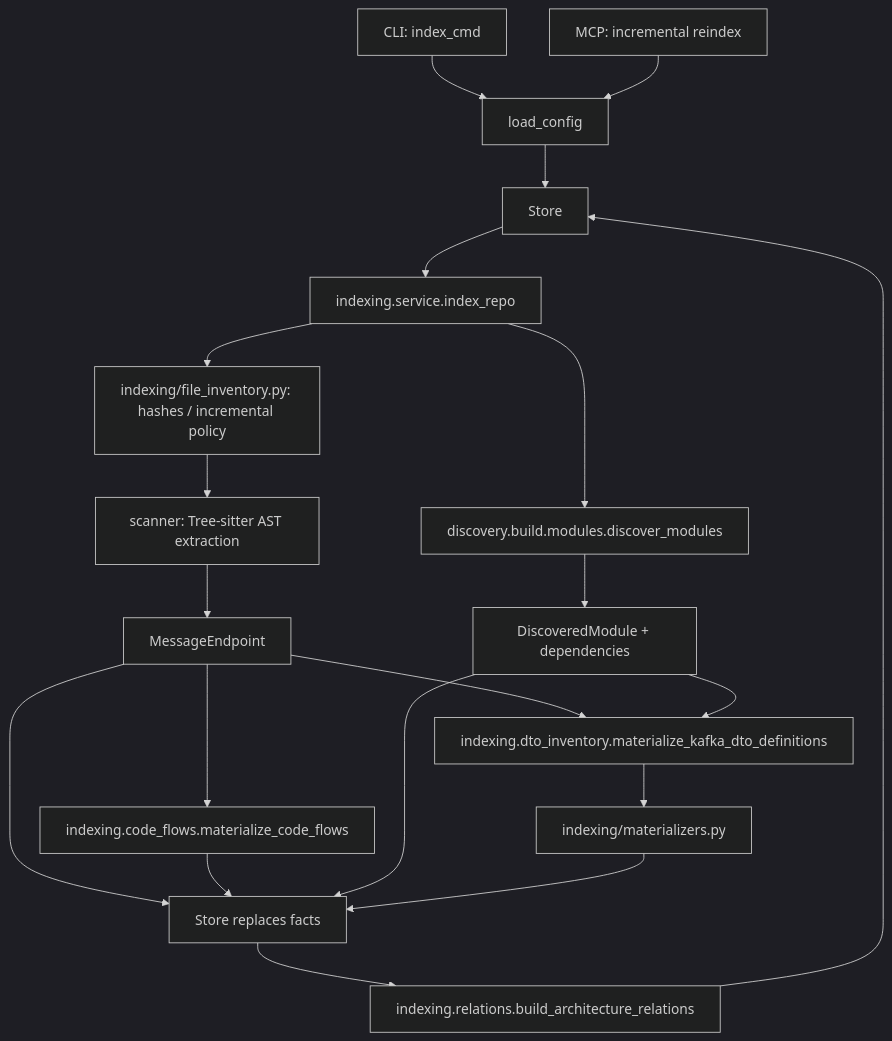
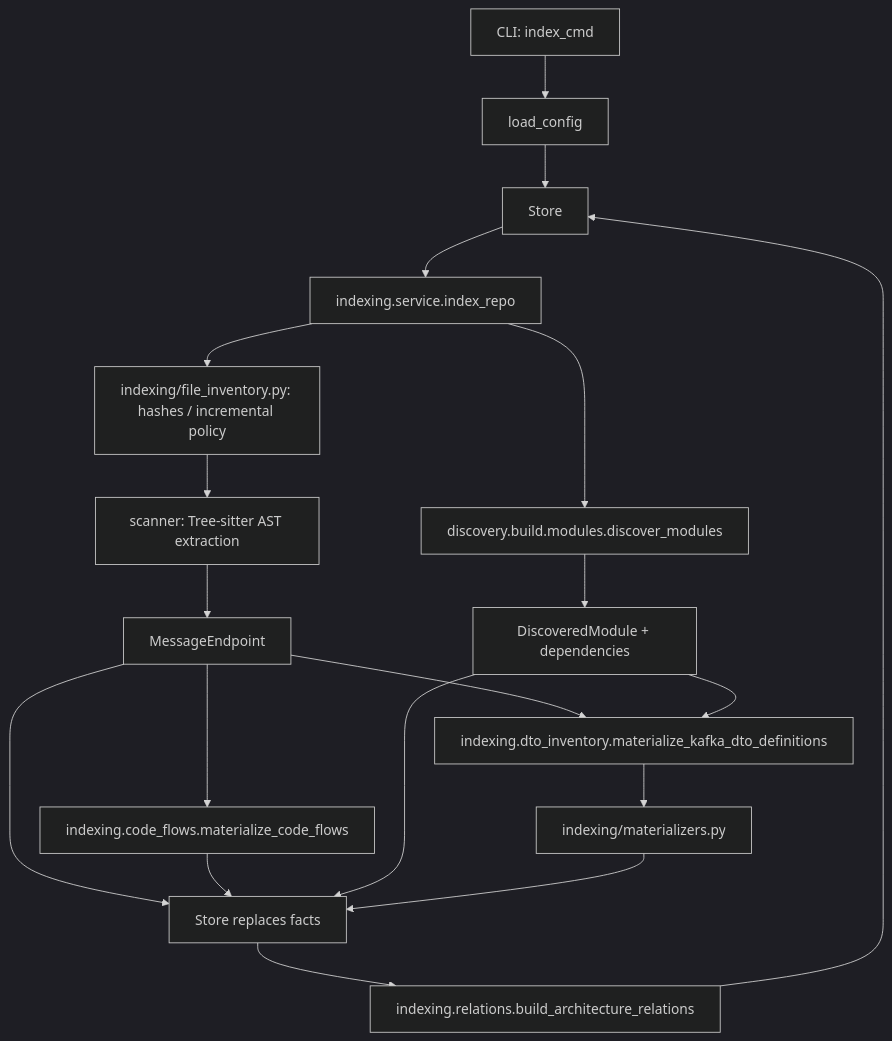
Before and after one commit to elkouhen/systemlens: the first of 2 diagrams in docs/ARCHITECTURE.md, drawn with Mermaid (dark theme). The commit also changed other lines of this file and 43 other files, not shown here.

Commit message:
Consolidate CLI workflow and graph documentation

````diff
--- a/docs/ARCHITECTURE.md
+++ b/docs/ARCHITECTURE.md
@@ -68,22 +68,21 @@
 ```mermaid
 flowchart TD
     CLI["CLI: index_cmd"] --> Config["load_config"]
-    MCP["MCP: incremental reindex"] --> Config
     Config --> Store["Store"]
     Store --> Indexer["indexing.service.index_repo"]
     Indexer --> ModuleDiscovery["discovery.build.modules.discover_modules"]
     Indexer --> FileInventory["indexing/file_inventory.py: hashes / incremental policy"]
     FileInventory --> Scanner["scanner: Tree-sitter AST extraction"]
     Scanner --> Facts["MessageEndpoint"]
     ModuleDiscovery --> ModuleFacts["DiscoveredModule + dependencies"]
     Facts --> Persist["Store replaces facts"]
     Facts --> CodeFlows["indexing.code_flows.materialize_code_flows"]
     CodeFlows --> Persist
     ModuleFacts --> Persist
     Facts --> DTOInventory["indexing.dto_inventory.materialize_kafka_dto_definitions"]
     ModuleFacts --> DTOInventory
     DTOInventory --> Materializers["indexing/materializers.py"]
     Materializers --> Persist
     Persist --> Relations["indexing.relations.build_architecture_relations"]
     Relations --> Store
 ```
````
